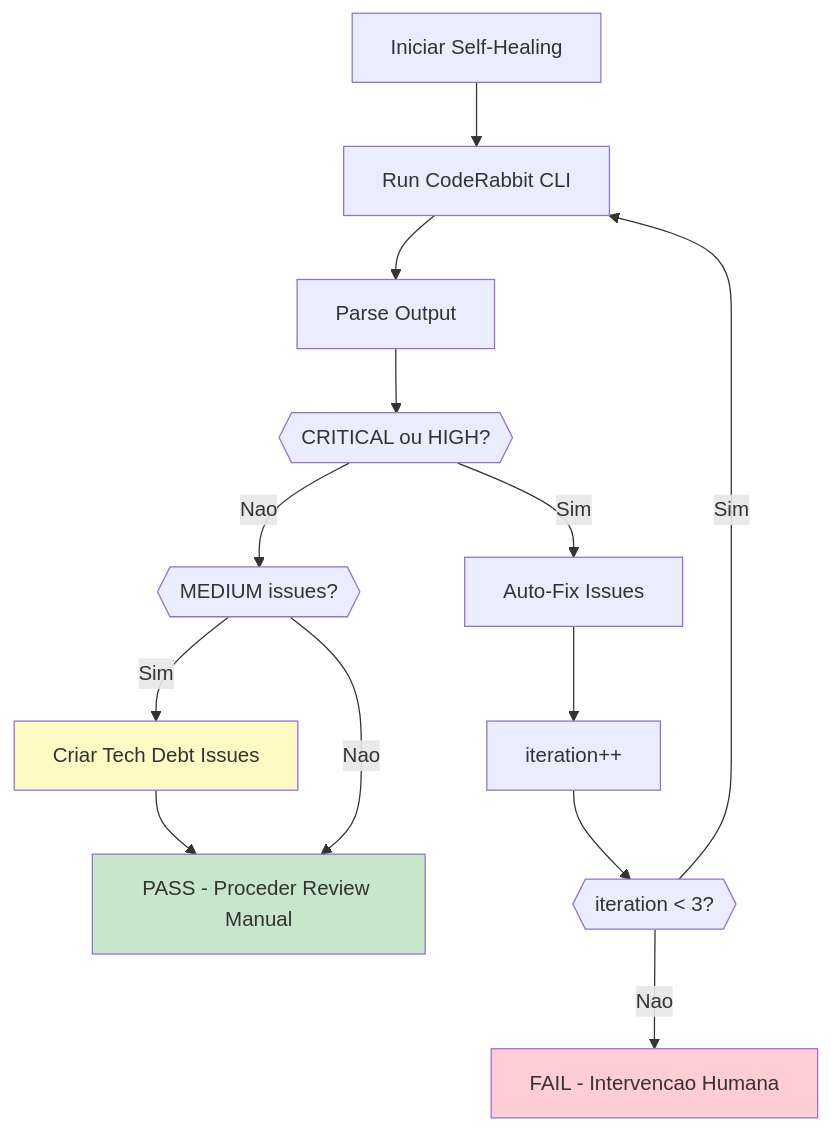
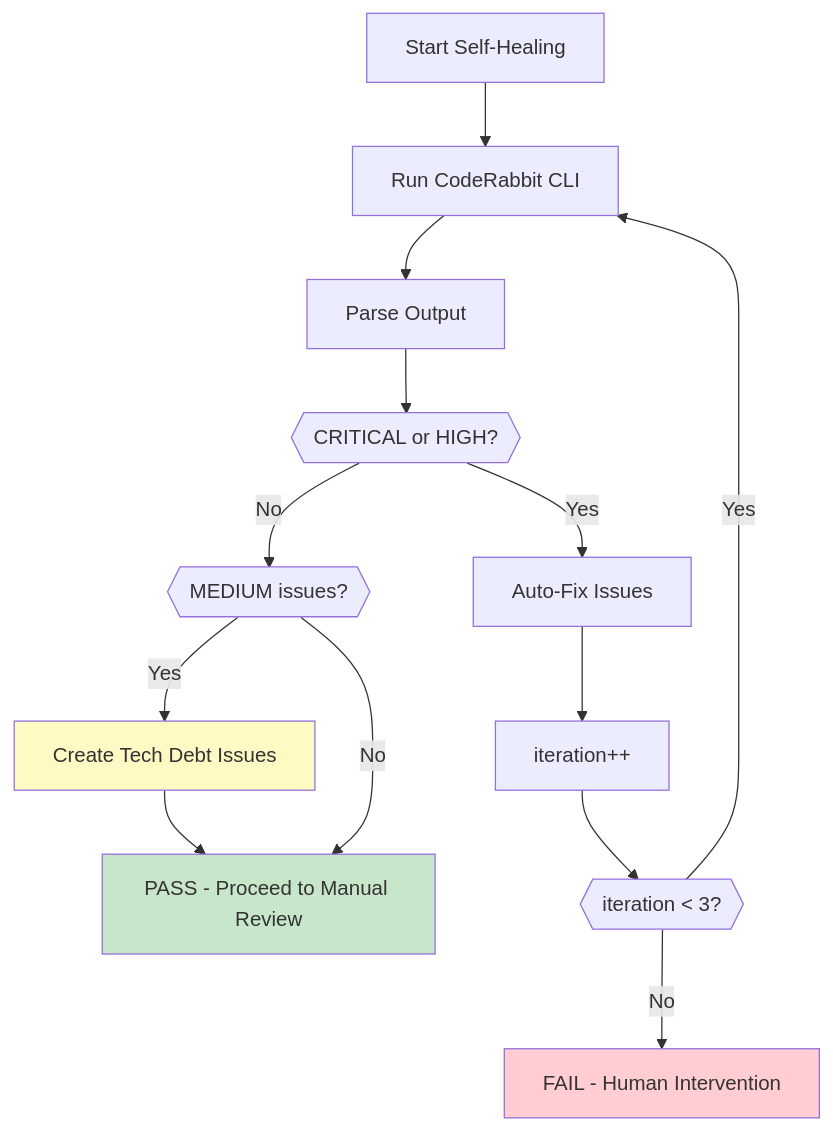
Before and after one commit to CyryxLabs/AEXOS: the fourth of 5 diagrams in docs/guides/agents/QA-SYSTEM.md, drawn with Mermaid. The commit also changed other lines of this file and 528 other files, not shown here.

````diff
--- a/docs/guides/agents/QA-SYSTEM.md
+++ b/docs/guides/agents/QA-SYSTEM.md
@@ -386,34 +386,34 @@
 ```mermaid
 flowchart TB
-    START["Iniciar Self-Healing"]
+    START["Start Self-Healing"]
     SCAN["Run CodeRabbit CLI"]
     PARSE["Parse Output"]
-    CHECK{{"CRITICAL ou HIGH?"}}
+    CHECK{{"CRITICAL or HIGH?"}}
 
     FIX["Auto-Fix Issues"]
     INCREMENT["iteration++"]
     MAX_CHECK{{"iteration < 3?"}}
 
-    SUCCESS["PASS - Proceder Review Manual"]
-    TECH_DEBT["Criar Tech Debt Issues"]
-    FAIL["FAIL - Intervencao Humana"]
+    SUCCESS["PASS - Proceed to Manual Review"]
+    TECH_DEBT["Create Tech Debt Issues"]
+    FAIL["FAIL - Human Intervention"]
 
     START --> SCAN
     SCAN --> PARSE
     PARSE --> CHECK
 
-    CHECK -->|Nao| MEDIUM_CHECK{{"MEDIUM issues?"}}
-    MEDIUM_CHECK -->|Sim| TECH_DEBT
-    MEDIUM_CHECK -->|Nao| SUCCESS
+    CHECK -->|No| MEDIUM_CHECK{{"MEDIUM issues?"}}
+    MEDIUM_CHECK -->|Yes| TECH_DEBT
+    MEDIUM_CHECK -->|No| SUCCESS
     TECH_DEBT --> SUCCESS
 
-    CHECK -->|Sim| FIX
+    CHECK -->|Yes| FIX
     FIX --> INCREMENT
     INCREMENT --> MAX_CHECK
-    MAX_CHECK -->|Sim| SCAN
-    MAX_CHECK -->|Nao| FAIL
+    MAX_CHECK -->|Yes| SCAN
+    MAX_CHECK -->|No| FAIL
 
     style SUCCESS fill:#c8e6c9
     style FAIL fill:#ffcdd2
     style TECH_DEBT fill:#fff9c4
 ```
````
